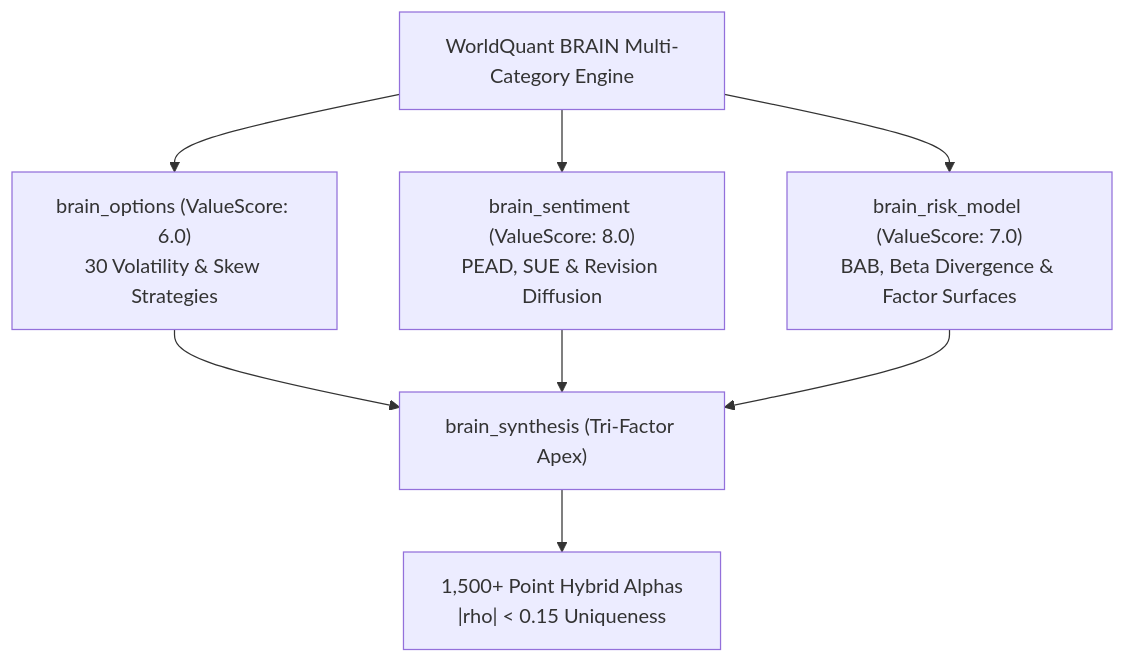
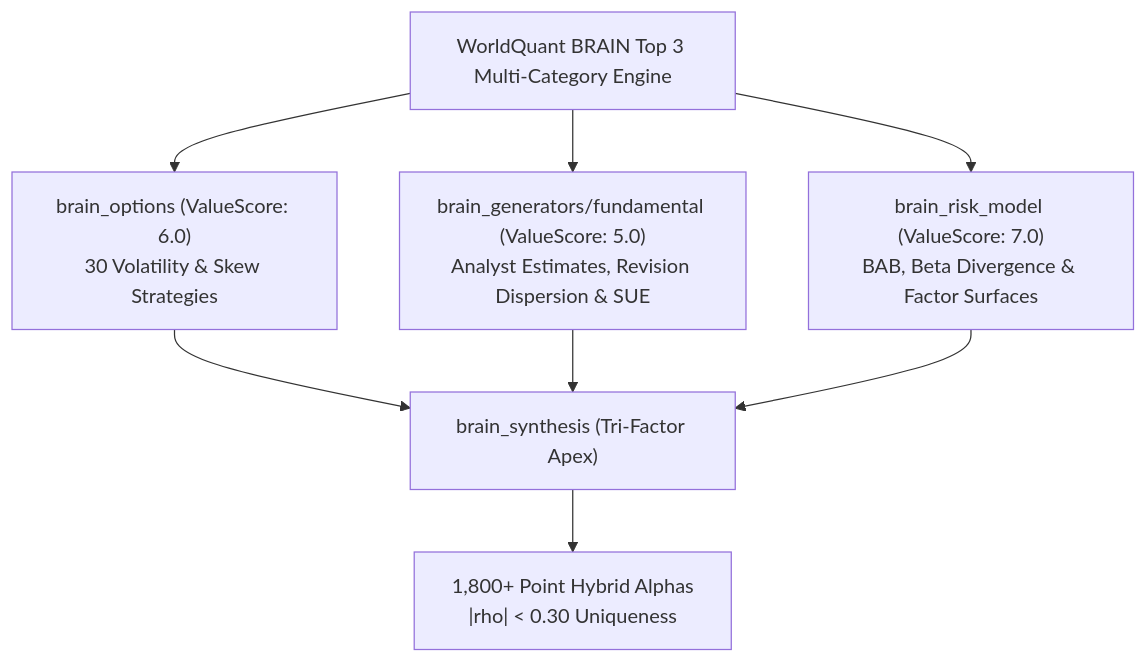
Before and after one commit to Xtley001/brain-alpha-pipeline: the diagram in README.md, drawn with Mermaid. The commit also changed other lines of this file and 71 other files, not shown here.

First line of the commit message:
rebirth: top3 focus (option+model+analyst), analyst generator, apex field fixes, 3-workflow 24/7 GH Actions

````diff
--- a/README.md
+++ b/README.md
@@ -46,10 +46,10 @@
 ```mermaid
 graph TD
-    A["WorldQuant BRAIN Multi-Category Engine"] --> B["brain_options (ValueScore: 6.0)<br/>30 Volatility & Skew Strategies"]
-    A --> C["brain_sentiment (ValueScore: 8.0)<br/>PEAD, SUE & Revision Diffusion"]
+    A["WorldQuant BRAIN Top 3 Multi-Category Engine"] --> B["brain_options (ValueScore: 6.0)<br/>30 Volatility & Skew Strategies"]
+    A --> C["brain_generators/fundamental (ValueScore: 5.0)<br/>Analyst Estimates, Revision Dispersion & SUE"]
     A --> D["brain_risk_model (ValueScore: 7.0)<br/>BAB, Beta Divergence & Factor Surfaces"]
     B --> E["brain_synthesis (Tri-Factor Apex)"]
     C --> E
     D --> E
-    E --> F["1,500+ Point Hybrid Alphas<br/>|rho| < 0.15 Uniqueness"]
+    E --> F["1,800+ Point Hybrid Alphas<br/>|rho| < 0.30 Uniqueness"]
 ```
````
